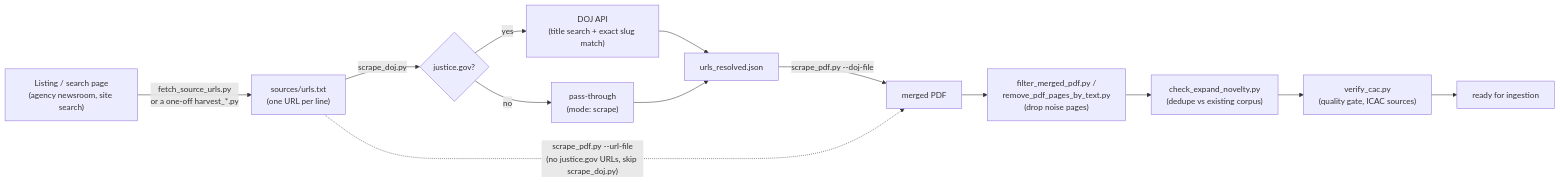
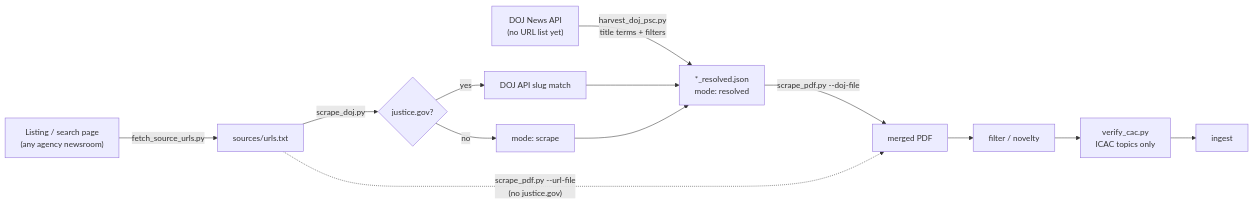
The diagram in scripts/scraper/README.md (mrinaalr/CaseLinker), drawn with Mermaid before and after one commit. The commit also changed other lines of this file and 785 other files, not shown here.

````diff
--- a/scripts/scraper/README.md
+++ b/scripts/scraper/README.md
@@ -7,15 +7,15 @@
 ```mermaid
 flowchart LR
-    A["Listing / search page<br/>(agency newsroom, site search)"] -->|"fetch_source_urls.py<br/>or a one-off harvest_*.py"| B["sources/urls.txt<br/>(one URL per line)"]
+    A["Listing / search page<br/>(any agency newsroom)"] -->|"fetch_source_urls.py"| B["sources/urls.txt"]
+    API["DOJ News API<br/>(no URL list yet)"] -->|"harvest_doj_psc.py<br/>title terms + filters"| F["*_resolved.json<br/>mode: resolved"]
     B -->|"scrape_doj.py"| C{"justice.gov?"}
-    C -->|"yes"| D["DOJ API<br/>(title search + exact slug match)"]
-    C -->|"no"| E["pass-through<br/>(mode: scrape)"]
-    D --> F["urls_resolved.json"]
+    C -->|"yes"| D["DOJ API slug match"]
+    C -->|"no"| E["mode: scrape"]
+    D --> F
     E --> F
     F -->|"scrape_pdf.py --doj-file"| G["merged PDF"]
-    B -.->|"scrape_pdf.py --url-file<br/>(no justice.gov URLs, skip scrape_doj.py)"| G
-    G --> H["filter_merged_pdf.py /<br/>remove_pdf_pages_by_text.py<br/>(drop noise pages)"]
-    H --> I["check_expand_novelty.py<br/>(dedupe vs existing corpus)"]
-    I --> J["verify_cac.py<br/>(quality gate, ICAC sources)"]
-    J --> K["ready for ingestion"]
+    B -.->|"scrape_pdf.py --url-file<br/>(no justice.gov)"| G
+    G --> H["filter / novelty"]
+    H --> I["verify_cac.py<br/>ICAC topics only"]
+    I --> J["ingest"]
 ```
````
